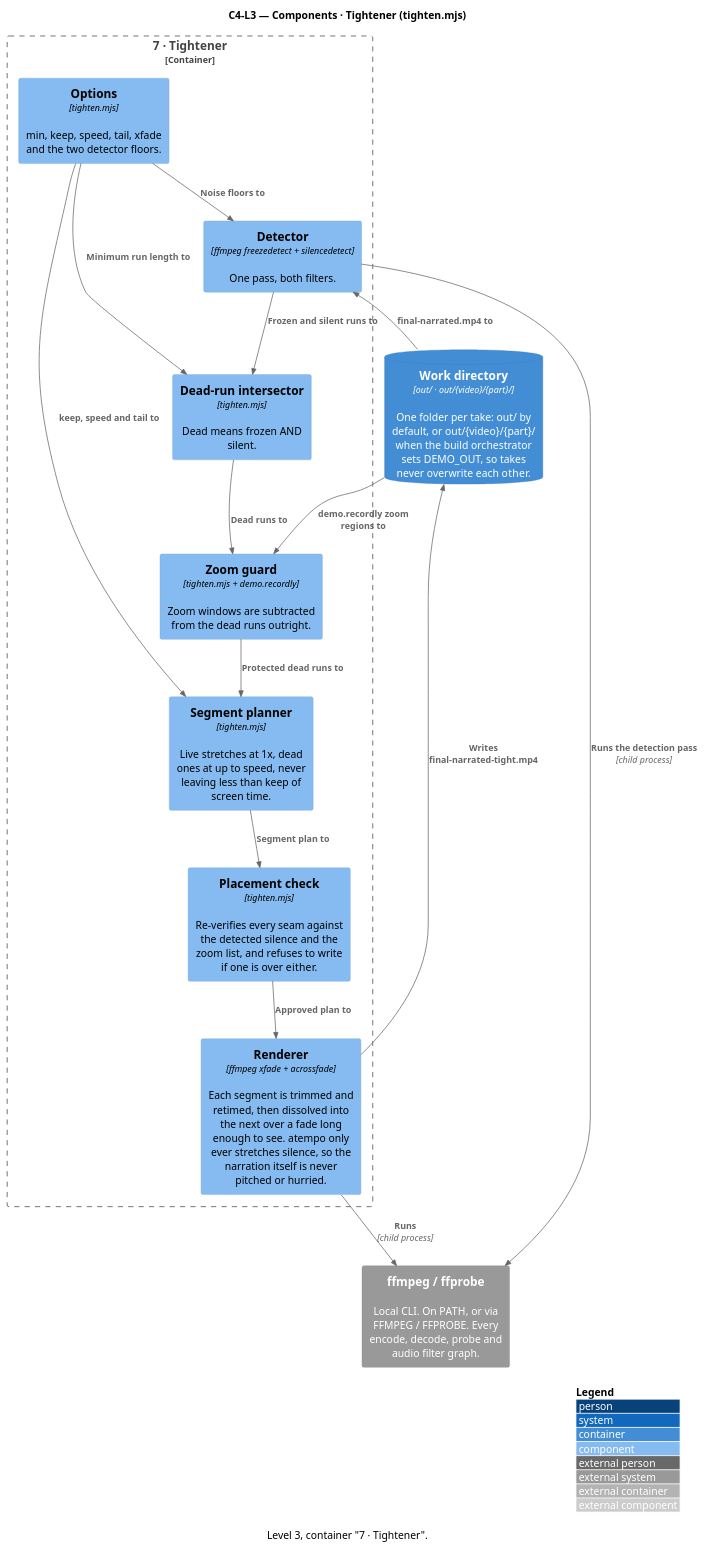
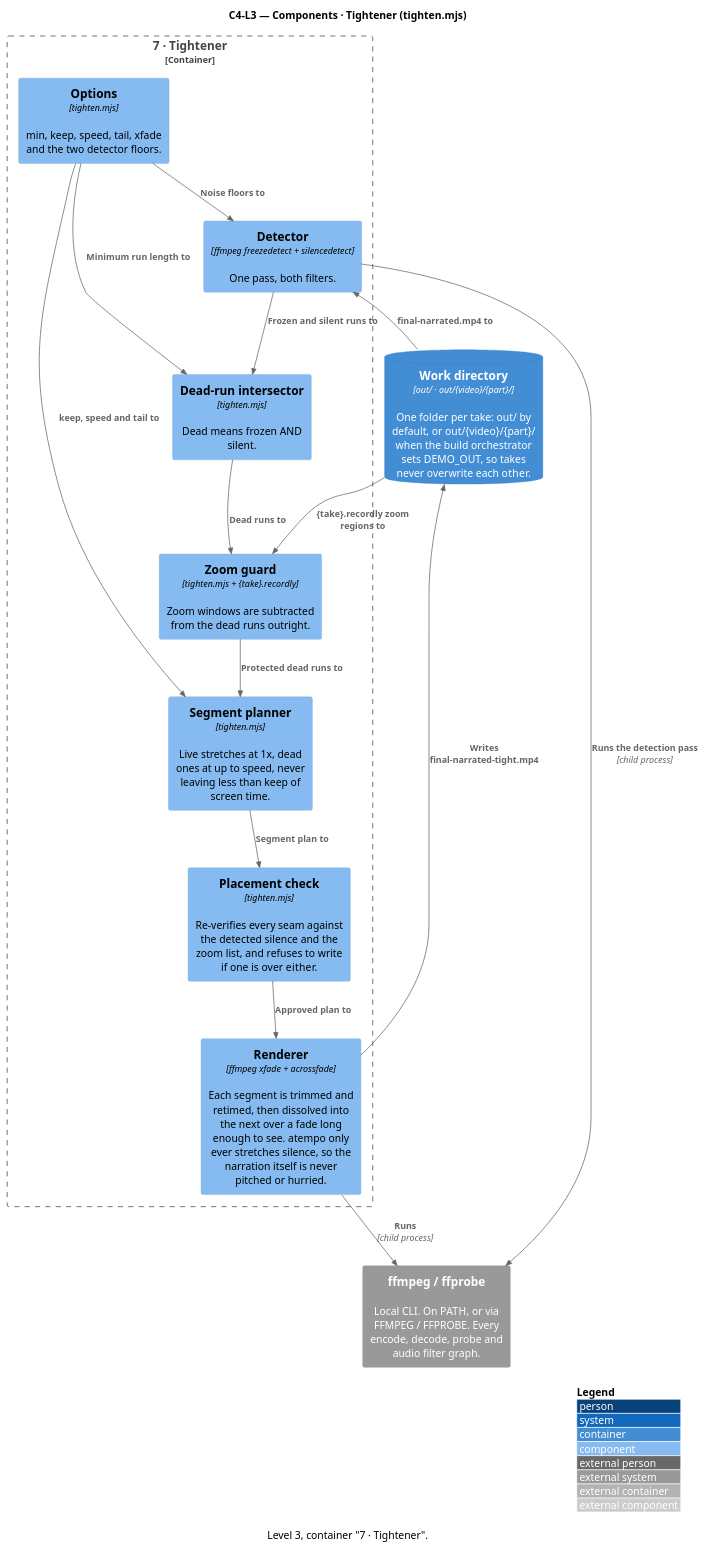
Before and after one commit to ssunduko/product-video: the diagram in docs/c4-l3-tightener.puml, drawn with PlantUML. The commit also changed 16 other files, not shown here.

First line of the commit message:
Add click-tracking video, sample reference video, per-take zoom project name

```diff
--- a/docs/c4-l3-tightener.puml
+++ b/docs/c4-l3-tightener.puml
@@ -1,38 +1,38 @@
 @startuml c4-l3-tightener
 ' Generated by docs/c4-model.mjs — do not edit; edit the model and re-run.
 !include <C4/C4_Component>
 ' No bundled C4 stdlib? Replace the line above with:
 ' !include https://raw.githubusercontent.com/plantuml-stdlib/C4-PlantUML/master/C4_Component.puml
 
 title C4-L3 — Components · Tightener (tighten.mjs)
 caption Level 3, container "7 · Tightener".
 
 ContainerDb(work_directory, "Work directory", "out/ · out/{video}/{part}/", "One folder per take: out/ by default, or out/{video}/{part}/ when the build orchestrator sets DEMO_OUT, so takes never overwrite each other.")
 System_Ext(ffmpeg_ffprobe, "ffmpeg / ffprobe", "Local CLI. On PATH, or via FFMPEG / FFPROBE. Every encode, decode, probe and audio filter graph.")
 
 Container_Boundary(tightener_2, "7 · Tightener") {
   Component(options, "Options", "tighten.mjs", "min, keep, speed, tail, xfade and the two detector floors.")
   Component(detector, "Detector", "ffmpeg freezedetect + silencedetect", "One pass, both filters.")
   Component(dead_run_intersector, "Dead-run intersector", "tighten.mjs", "Dead means frozen AND silent.")
-  Component(zoom_guard, "Zoom guard", "tighten.mjs + demo.recordly", "Zoom windows are subtracted from the dead runs outright.")
+  Component(zoom_guard, "Zoom guard", "tighten.mjs + {take}.recordly", "Zoom windows are subtracted from the dead runs outright.")
   Component(segment_planner, "Segment planner", "tighten.mjs", "Live stretches at 1x, dead ones at up to speed, never leaving less than keep of screen time.")
   Component(placement_check, "Placement check", "tighten.mjs", "Re-verifies every seam against the detected silence and the zoom list, and refuses to write if one is over either.")
   Component(renderer, "Renderer", "ffmpeg xfade + acrossfade", "Each segment is trimmed and retimed, then dissolved into the next over a fade long enough to see. atempo only ever stretches silence, so the narration itself is never pitched or hurried.")
 }
 
 Rel(work_directory, detector, "final-narrated.mp4 to")
 Rel(detector, ffmpeg_ffprobe, "Runs the detection pass", "child process")
 Rel(options, detector, "Noise floors to")
 Rel(detector, dead_run_intersector, "Frozen and silent runs to")
 Rel(options, dead_run_intersector, "Minimum run length to")
 Rel(dead_run_intersector, zoom_guard, "Dead runs to")
-Rel(work_directory, zoom_guard, "demo.recordly zoom regions to")
+Rel(work_directory, zoom_guard, "{take}.recordly zoom regions to")
 Rel(zoom_guard, segment_planner, "Protected dead runs to")
 Rel(options, segment_planner, "keep, speed and tail to")
 Rel(segment_planner, placement_check, "Segment plan to")
 Rel(placement_check, renderer, "Approved plan to")
 Rel(renderer, ffmpeg_ffprobe, "Runs", "child process")
 Rel(renderer, work_directory, "Writes final-narrated-tight.mp4")
 
 LAYOUT_WITH_LEGEND()
 @enduml
```
